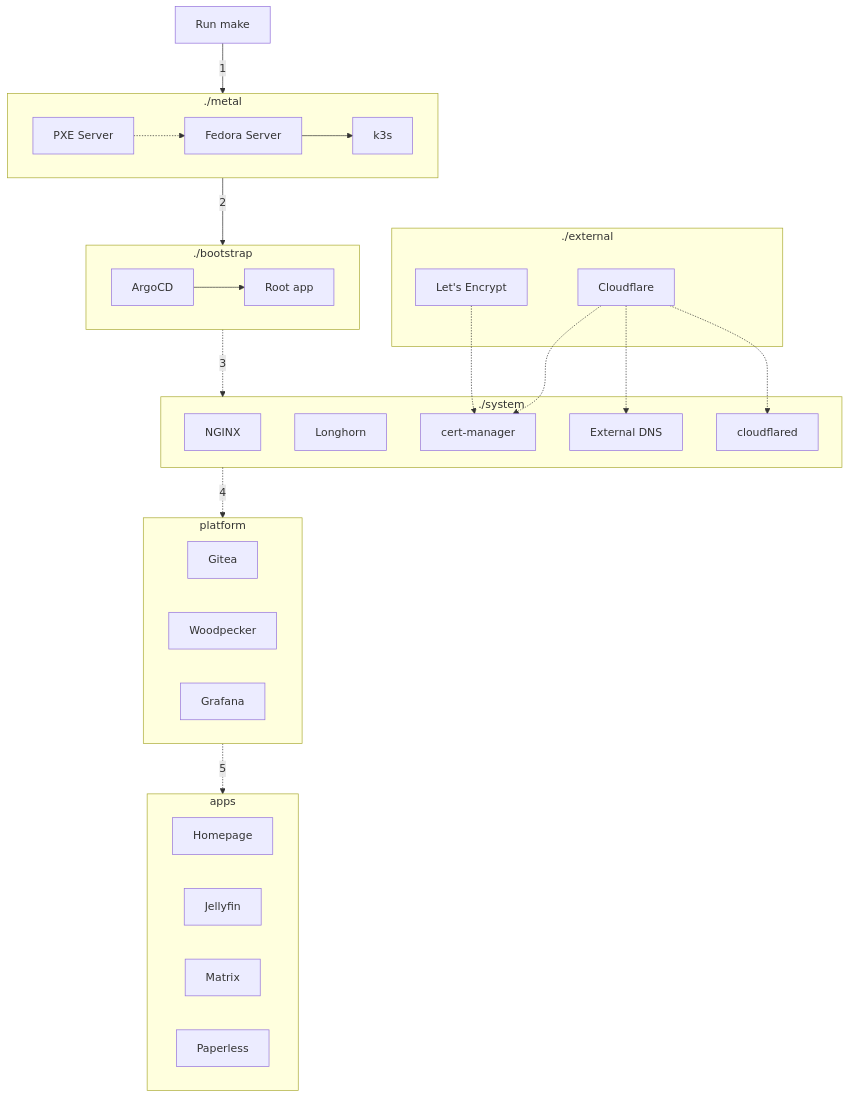
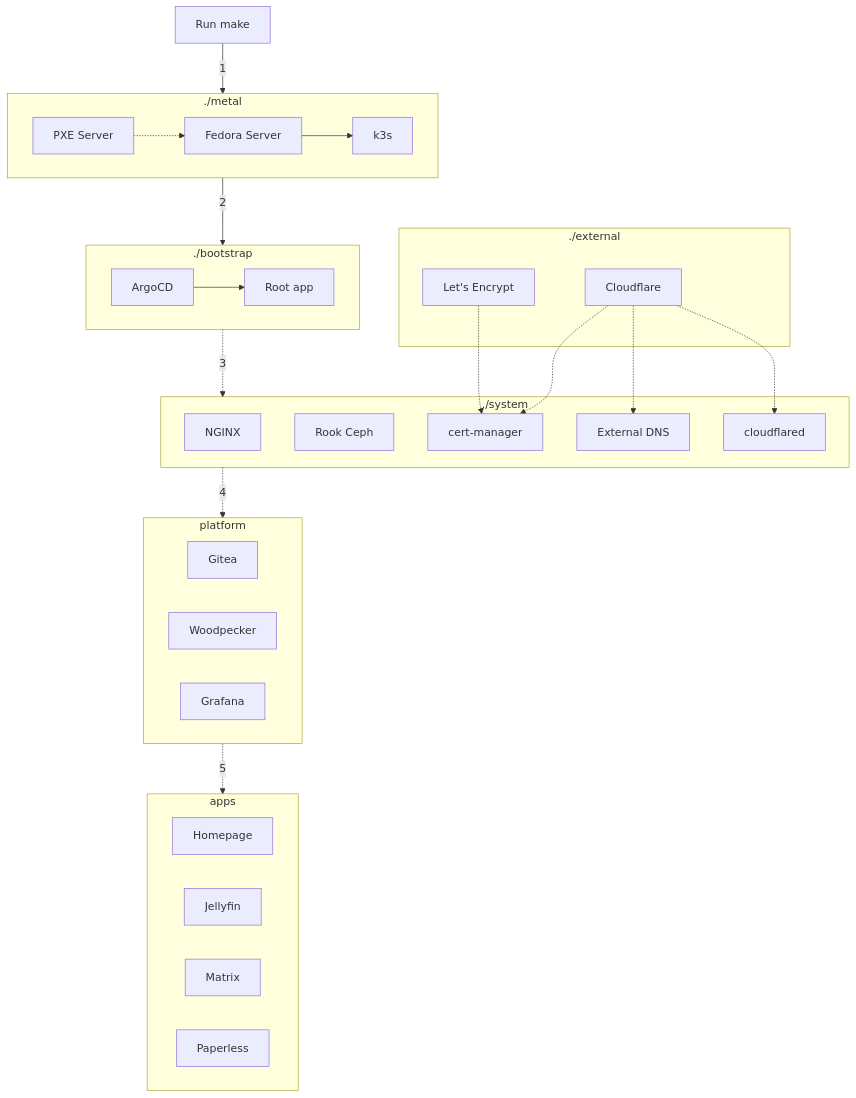
One commit to khuedoan/homelab changed the diagram in docs/reference/architecture/overview.md. Above: the diagram before and after it, drawn with Mermaid. The commit also changed 4 other files, not shown here.

Commit message:
docs: replace Longhorn with Rook Ceph

````diff
--- a/docs/reference/architecture/overview.md
+++ b/docs/reference/architecture/overview.md
@@ -54,43 +54,43 @@
 ```mermaid
 flowchart TD
   subgraph metal[./metal]
     pxe[PXE Server] -.-> linux[Fedora Server] --> k3s
   end
 
   subgraph bootstrap[./bootstrap]
     argocd[ArgoCD] --> rootapp[Root app]
   end
 
   subgraph system[./system]
     nginx[NGINX]
-    longhorn[Longhorn]
+    rook-ceph[Rook Ceph]
     cert-manager
     external-dns[External DNS]
     cloudflared
   end
 
   subgraph external[./external]
     letsencrypt[Let's Encrypt]
     cloudflare[Cloudflare]
   end
 
   letsencrypt -.-> cert-manager
   cloudflare -.-> cert-manager
   cloudflare -.-> external-dns
   cloudflare -.-> cloudflared
 
   subgraph platform
     Gitea
     Woodpecker
     Grafana
   end
 
   subgraph apps
     homepage[Homepage]
     jellyfin[Jellyfin]
     matrix[Matrix]
     paperless[Paperless]
   end
 
   make[Run make] -- 1 --> metal -- 2 --> bootstrap -. 3 .-> system -. 4 .-> platform -. 5 .-> apps
 ```
````
